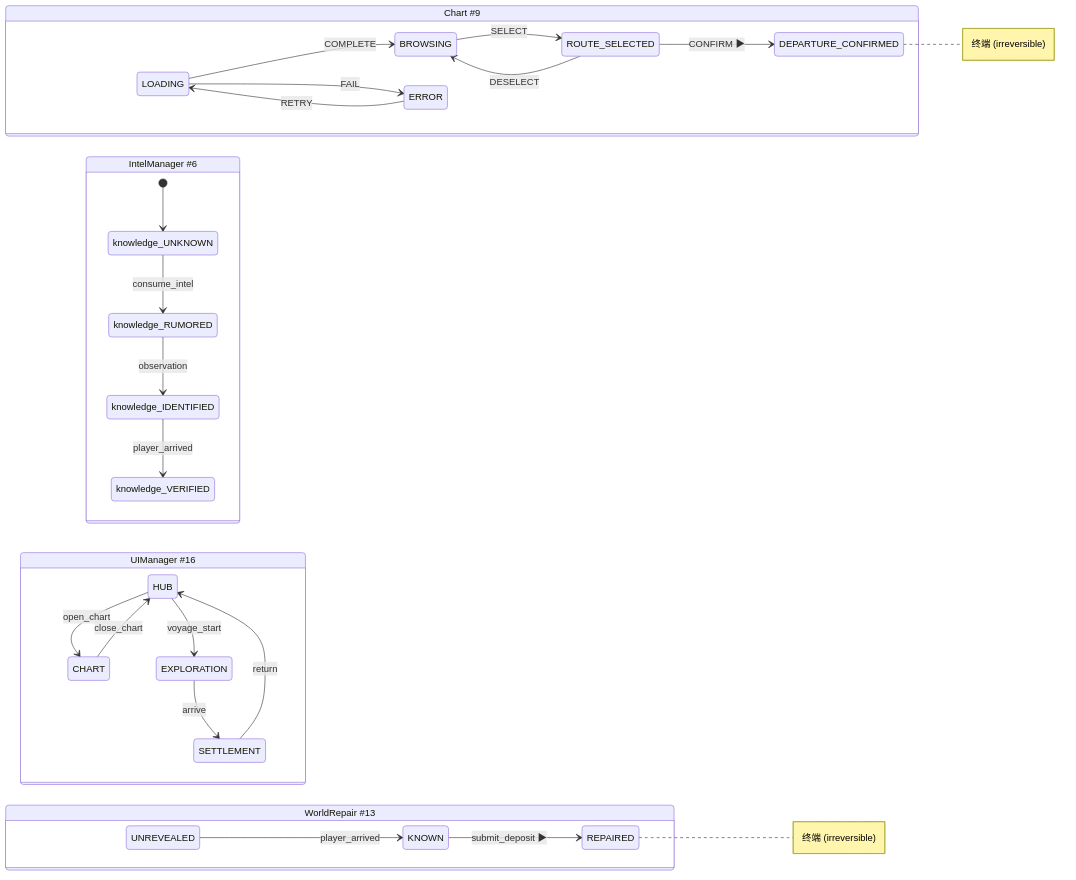
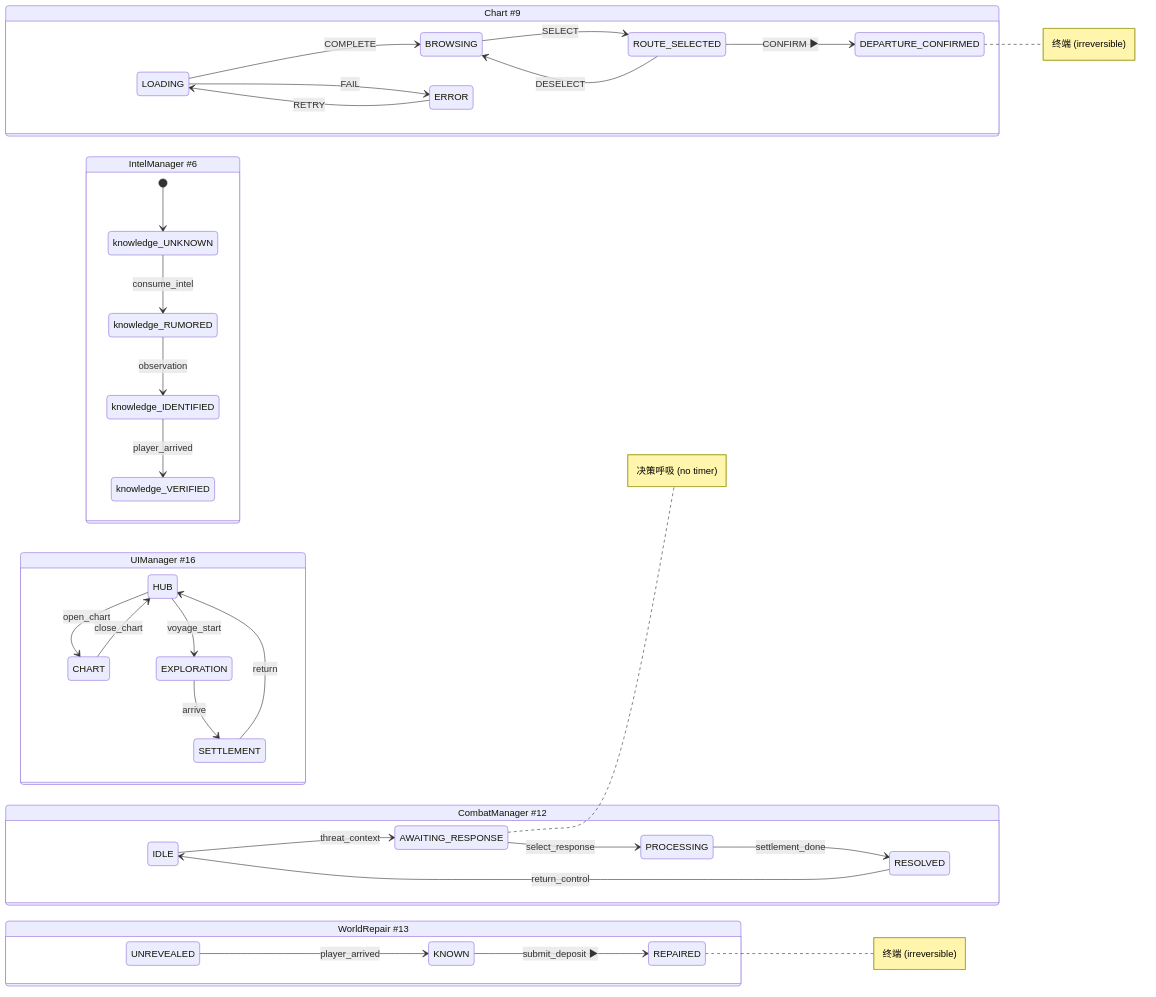
One commit to lieinsay/Claude-Code-Game-Studios changed the fourth of 11 diagrams in docs/document-index.md. Above: the diagram before and after it, drawn with Mermaid. The commit also changed other lines of this file, not shown here.

First line of the commit message:
更新 document-index.md Mermaid 图 — 反映 ADR-0018 架构

````diff
--- a/docs/document-index.md
+++ b/docs/document-index.md
@@ -312,40 +319,49 @@
 ```mermaid
 stateDiagram-v2
     direction LR
 
     state "Chart #9" as CH
     state "WorldRepair #13" as WR
+    state "CombatManager #12" as CBT
     state "IntelManager #6" as INTEL
     state "UIManager #16" as UI
 
     state CH {
         LOADING --> BROWSING: COMPLETE
         LOADING --> ERROR: FAIL
         BROWSING --> ROUTE_SELECTED: SELECT
         ROUTE_SELECTED --> BROWSING: DESELECT
         ROUTE_SELECTED --> DEPARTURE_CONFIRMED: CONFIRM ▶
         ERROR --> LOADING: RETRY
         note right of DEPARTURE_CONFIRMED: 终端 (irreversible)
     }
 
     state WR {
         UNREVEALED --> KNOWN: player_arrived
         KNOWN --> REPAIRED: submit_deposit ▶
         note right of REPAIRED: 终端 (irreversible)
     }
 
+    state CBT {
+        IDLE --> AWAITING_RESPONSE: threat_context
+        AWAITING_RESPONSE --> PROCESSING: select_response
+        PROCESSING --> RESOLVED: settlement_done
+        RESOLVED --> IDLE: return_control
+        note right of AWAITING_RESPONSE: 决策呼吸 (no timer)
+    }
+
     state INTEL {
         [*] --> knowledge_UNKNOWN
         knowledge_UNKNOWN --> knowledge_RUMORED: consume_intel
         knowledge_RUMORED --> knowledge_IDENTIFIED: observation
         knowledge_IDENTIFIED --> knowledge_VERIFIED: player_arrived
     }
 
     state UI {
         HUB --> CHART: open_chart
         CHART --> HUB: close_chart
         HUB --> EXPLORATION: voyage_start
         EXPLORATION --> SETTLEMENT: arrive
         SETTLEMENT --> HUB: return
     }
 ```
````
